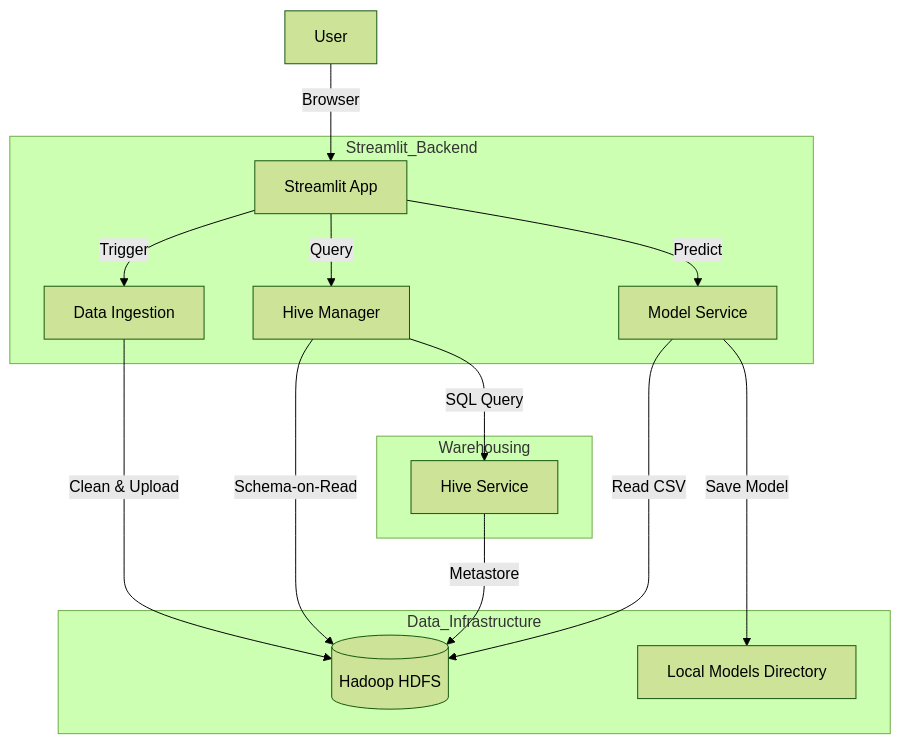
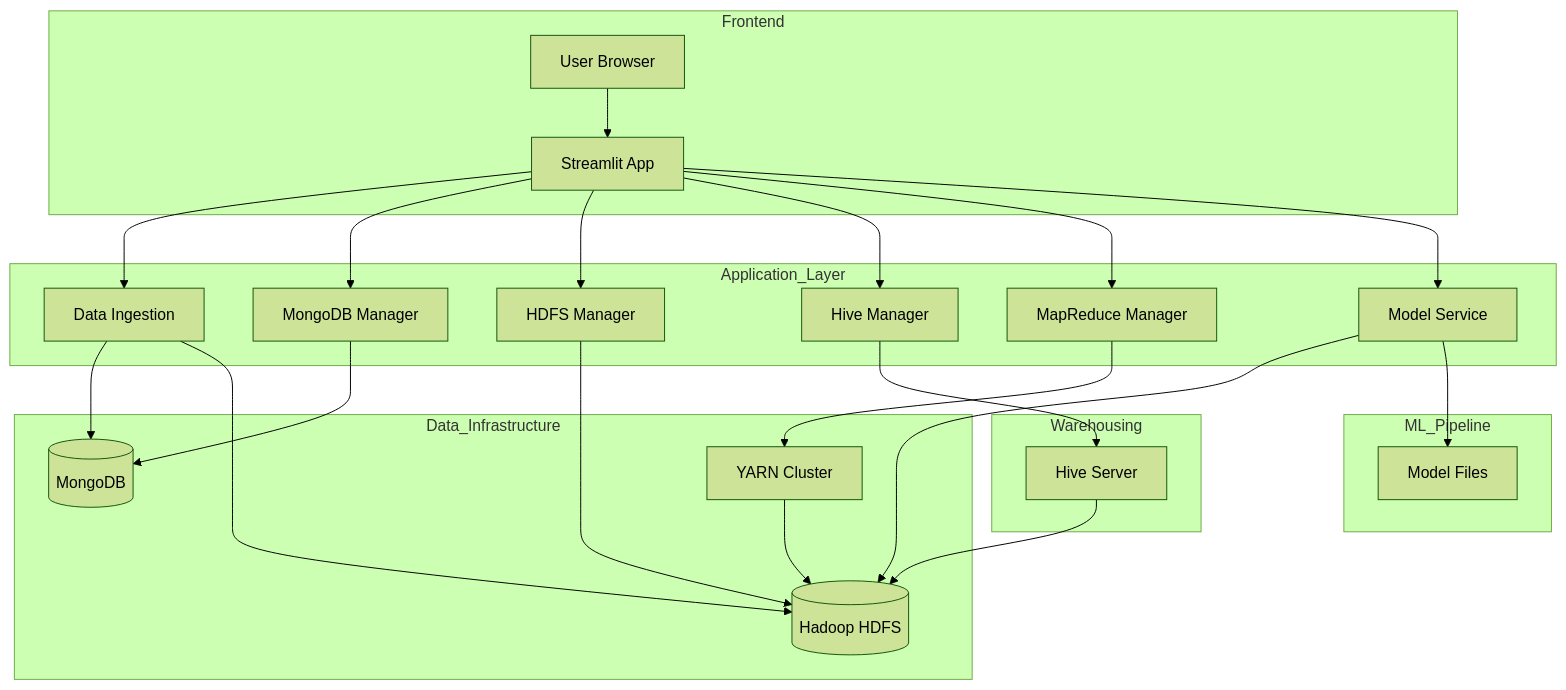
Before and after one commit to abhaypatil-code/NASA-Turbojet-BigData-Analysis-HDFS-Hive: the first of 4 diagrams in architecture.md, drawn with Mermaid (forest theme). The commit also changed other lines of this file and 35 other files, not shown here.

````diff
--- a/architecture.md
+++ b/architecture.md
@@ -15,22 +20,34 @@
 ```mermaid
 graph TD
-    User[User] -->|Browser| UI[Streamlit App]
+    subgraph Frontend
+        User[User Browser] --> UI[Streamlit App]
+    end
     
-    subgraph Streamlit_Backend
-        UI -->|Trigger| Ingest[Data Ingestion]
-        UI -->|Query| HiveMgr[Hive Manager]
-        UI -->|Predict| ML[Model Service]
+    subgraph Application_Layer
+        UI --> Ingest[Data Ingestion]
+        UI --> MongoDB_Mgr[MongoDB Manager]
+        UI --> HDFS_Mgr[HDFS Manager]
+        UI --> Hive_Mgr[Hive Manager]
+        UI --> MR_Mgr[MapReduce Manager]
+        UI --> ML[Model Service]
     end
     
     subgraph Data_Infrastructure
-        Ingest -->|Clean & Upload| HDFS[(Hadoop HDFS)]
-        HiveMgr -->|Schema-on-Read| HDFS
-        ML -->|Read CSV| HDFS
-        ML -->|Save Model| LocalDisk[Local Models Directory]
+        MongoDB_Mgr --> MongoDB[(MongoDB)]
+        Ingest --> MongoDB
+        Ingest --> HDFS
+        HDFS_Mgr --> HDFS[(Hadoop HDFS)]
+        MR_Mgr --> YARN[YARN Cluster]
+        YARN --> HDFS
     end
     
     subgraph Warehousing
-        HiveMgr -->|SQL Query| HiveServer[Hive Service]
-        HiveServer -->|Metastore| HDFS
+        Hive_Mgr --> HiveServer[Hive Server]
+        HiveServer --> HDFS
+    end
+    
+    subgraph ML_Pipeline
+        ML --> HDFS
+        ML --> Models[Model Files]
     end
 ```
````
